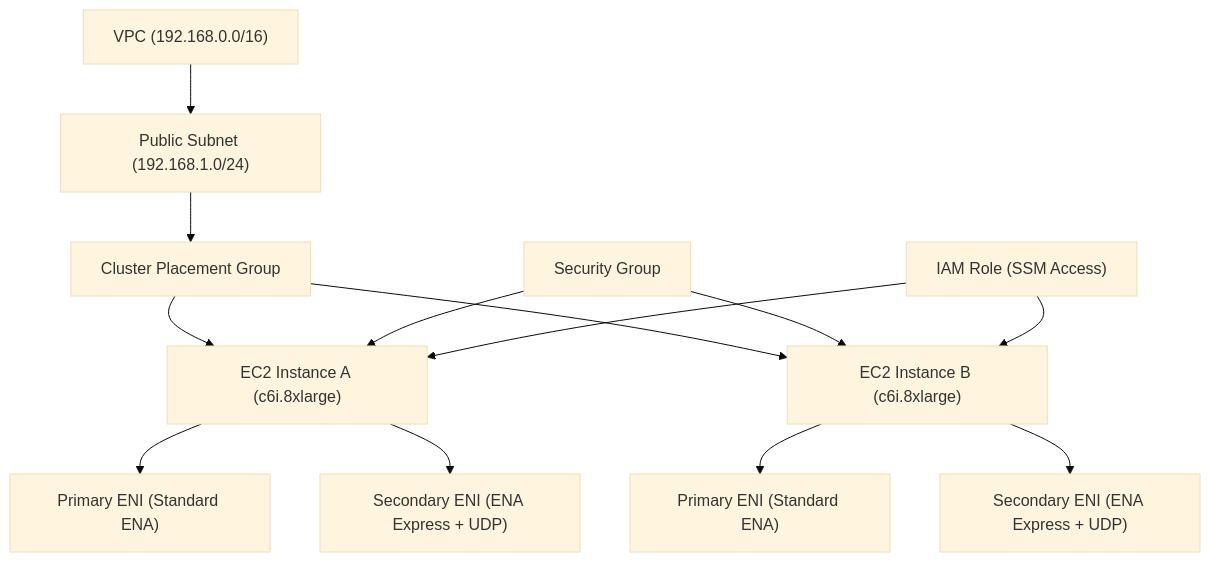
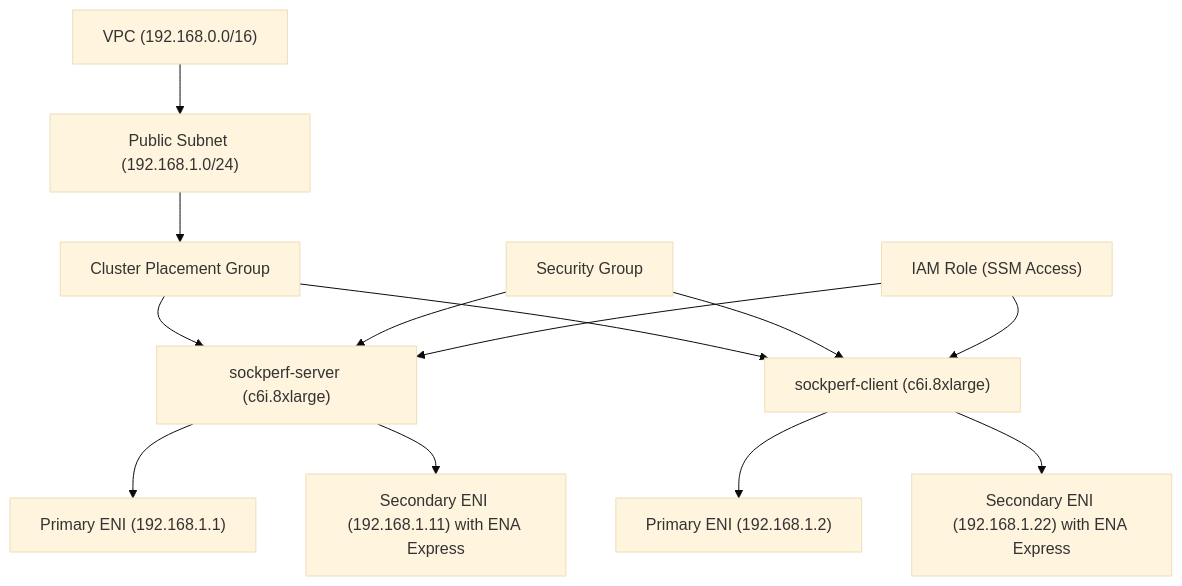
Before and after one commit to zhang1980s/ec2-ena-express-lab: the first of 2 diagrams in README.md, drawn with Mermaid (base theme). The commit also changed other lines of this file, not shown here.

Commit message:
Update README.md to reflect new instance naming and automated sockperf installation

````diff
--- a/README.md
+++ b/README.md
@@ -16,15 +16,15 @@
 ```mermaid
 graph TD
     VPC["VPC (192.168.0.0/16)"] --> Subnet["Public Subnet (192.168.1.0/24)"]
     Subnet --> PG["Cluster Placement Group"]
-    PG --> EC2A["EC2 Instance A (c6i.8xlarge)"]
-    PG --> EC2B["EC2 Instance B (c6i.8xlarge)"]
-    EC2A --> ENI1A["Primary ENI (Standard ENA)"]
-    EC2A --> ENI2A["Secondary ENI (ENA Express + UDP)"]
-    EC2B --> ENI1B["Primary ENI (Standard ENA)"]
-    EC2B --> ENI2B["Secondary ENI (ENA Express + UDP)"]
-    SG["Security Group"] --> EC2A
-    SG --> EC2B
-    IAM["IAM Role (SSM Access)"] --> EC2A
-    IAM["IAM Role (SSM Access)"] --> EC2B
+    PG --> SERVER["sockperf-server (c6i.8xlarge)"]
+    PG --> CLIENT["sockperf-client (c6i.8xlarge)"]
+    SERVER --> ENI1S["Primary ENI (192.168.1.1)"]
+    SERVER --> ENI2S["Secondary ENI (192.168.1.11) with ENA Express"]
+    CLIENT --> ENI1C["Primary ENI (192.168.1.2)"]
+    CLIENT --> ENI2C["Secondary ENI (192.168.1.22) with ENA Express"]
+    SG["Security Group"] --> SERVER
+    SG --> CLIENT
+    IAM["IAM Role (SSM Access)"] --> SERVER
+    IAM["IAM Role (SSM Access)"] --> CLIENT
 ```
````
